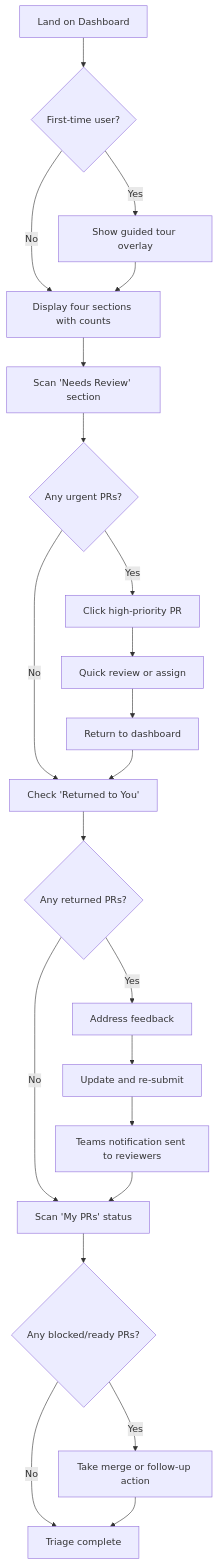
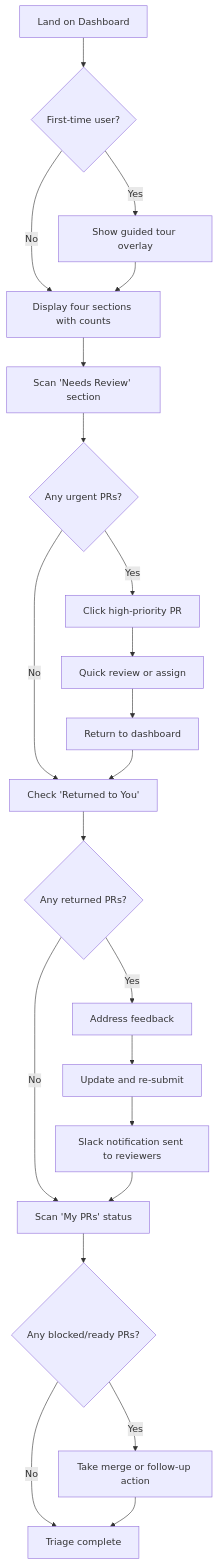
The second of 3 diagrams in docs/front-end-spec.md (aviram-shubeili/code-flow), drawn with Mermaid before and after one commit. The commit also changed other lines of this file and 8 other files, not shown here.

````diff
--- a/docs/front-end-spec.md
+++ b/docs/front-end-spec.md
@@ -97,30 +96,30 @@
 ```mermaid
 graph TD
     A[Land on Dashboard] --> B{First-time user?}
     B -->|Yes| C[Show guided tour overlay]
     B -->|No| D[Display four sections with counts]
     
     C --> D
     D --> E[Scan 'Needs Review' section]
     E --> F{Any urgent PRs?}
     F -->|Yes| G[Click high-priority PR]
     F -->|No| H[Check 'Returned to You']
     
     G --> I[Quick review or assign]
     I --> J[Return to dashboard]
     J --> H
     
     H --> K{Any returned PRs?}
     K -->|Yes| L[Address feedback]
     K -->|No| M[Scan 'My PRs' status]
     
     L --> N[Update and re-submit]
-    N --> O[Teams notification sent to reviewers]
+    N --> O[Slack notification sent to reviewers]
     O --> M
     
     M --> P{Any blocked/ready PRs?}
     P -->|Yes| Q[Take merge or follow-up action]
     P -->|No| R[Triage complete]
     
     Q --> R
 ```
````
